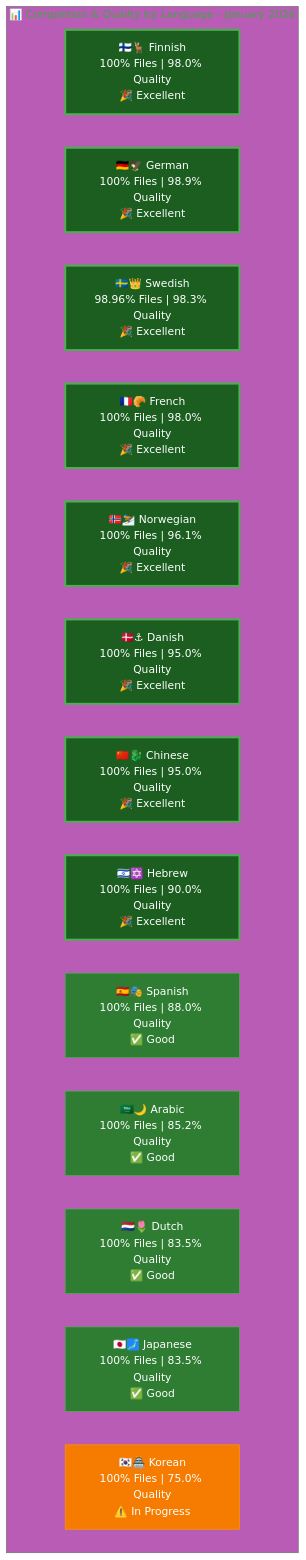
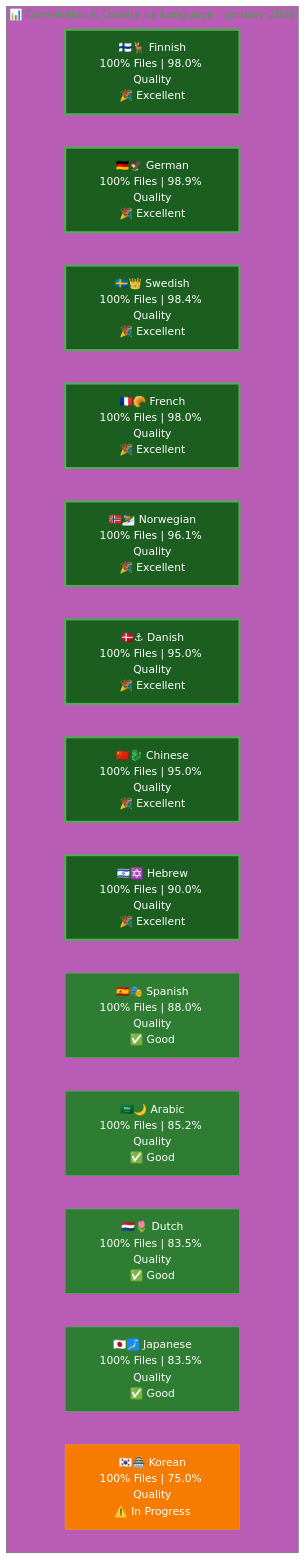
Before and after one commit to Hack23/homepage: the second of 2 diagrams in TRANSLATION_DOCUMENTATION_README.md, drawn with Mermaid. The commit also changed other lines of this file and 3 other files, not shown here.

````diff
--- a/TRANSLATION_DOCUMENTATION_README.md
+++ b/TRANSLATION_DOCUMENTATION_README.md
@@ -287,35 +303,35 @@
 ```mermaid
 %%{init: {'theme':'base', 'themeVariables': { 'primaryColor':'#4CAF50','fontSize':'16px'}}}%%
 graph TB
     subgraph "📊 Completion & Quality by Language - January 2026"
         FI["🇫🇮🦌 Finnish<br/>100% Files | 98.0% Quality<br/>🎉 Excellent"]
         DE["🇩🇪🦅 German<br/>100% Files | 98.9% Quality<br/>🎉 Excellent"]
-        SV["🇸🇪👑 Swedish<br/>98.96% Files | 98.3% Quality<br/>🎉 Excellent"]
+        SV["🇸🇪👑 Swedish<br/>100% Files | 98.4% Quality<br/>🎉 Excellent"]
         FR["🇫🇷🥐 French<br/>100% Files | 98.0% Quality<br/>🎉 Excellent"]
         
         NO["🇳🇴⛷️ Norwegian<br/>100% Files | 96.1% Quality<br/>🎉 Excellent"]
         DA["🇩🇰⚓ Danish<br/>100% Files | 95.0% Quality<br/>🎉 Excellent"]
         ZH["🇨🇳🐉 Chinese<br/>100% Files | 95.0% Quality<br/>🎉 Excellent"]
         HE["🇮🇱✡️ Hebrew<br/>100% Files | 90.0% Quality<br/>🎉 Excellent"]
         
         ES["🇪🇸🎭 Spanish<br/>100% Files | 88.0% Quality<br/>✅ Good"]
         AR["🇸🇦🌙 Arabic<br/>100% Files | 85.2% Quality<br/>✅ Good"]
         NL["🇳🇱🌷 Dutch<br/>100% Files | 83.5% Quality<br/>✅ Good"]
         JA["🇯🇵🗾 Japanese<br/>100% Files | 83.5% Quality<br/>✅ Good"]
         KO["🇰🇷🏯 Korean<br/>100% Files | 75.0% Quality<br/>⚠️ In Progress"]
         
         style FI fill:#1B5E20,stroke:#4CAF50,color:#fff,stroke-width:3px
         style DE fill:#1B5E20,stroke:#4CAF50,color:#fff,stroke-width:3px
         style SV fill:#1B5E20,stroke:#4CAF50,color:#fff,stroke-width:3px
         style FR fill:#1B5E20,stroke:#4CAF50,color:#fff,stroke-width:3px
         style NO fill:#1B5E20,stroke:#4CAF50,color:#fff,stroke-width:3px
         style DA fill:#1B5E20,stroke:#4CAF50,color:#fff,stroke-width:3px
         style ZH fill:#1B5E20,stroke:#4CAF50,color:#fff,stroke-width:3px
         style HE fill:#1B5E20,stroke:#4CAF50,color:#fff,stroke-width:3px
         style ES fill:#2E7D32,stroke:#4CAF50,color:#fff
         style AR fill:#2E7D32,stroke:#4CAF50,color:#fff
         style NL fill:#2E7D32,stroke:#4CAF50,color:#fff
         style JA fill:#2E7D32,stroke:#4CAF50,color:#fff
         style KO fill:#F57C00,stroke:#FF9800,color:#fff
     end
 ```
````
